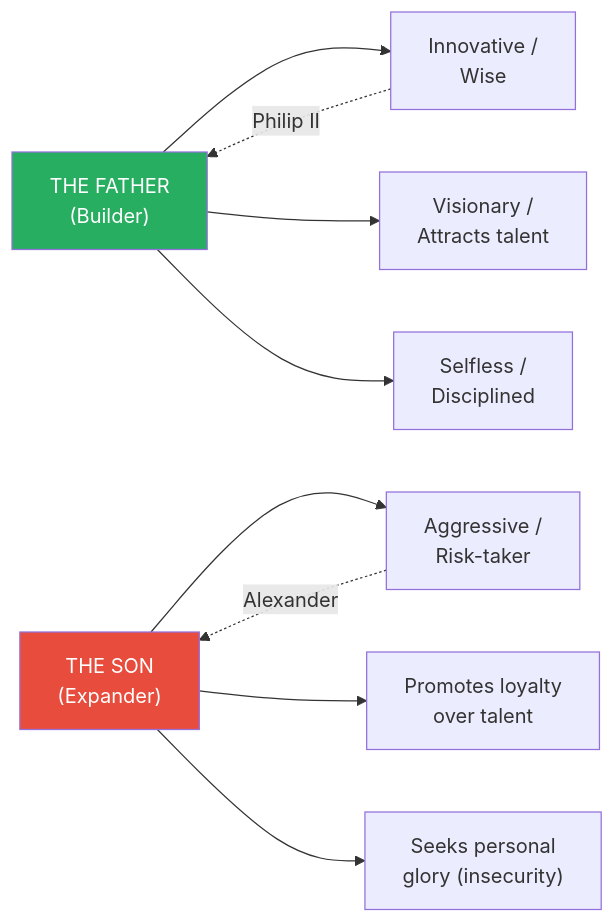
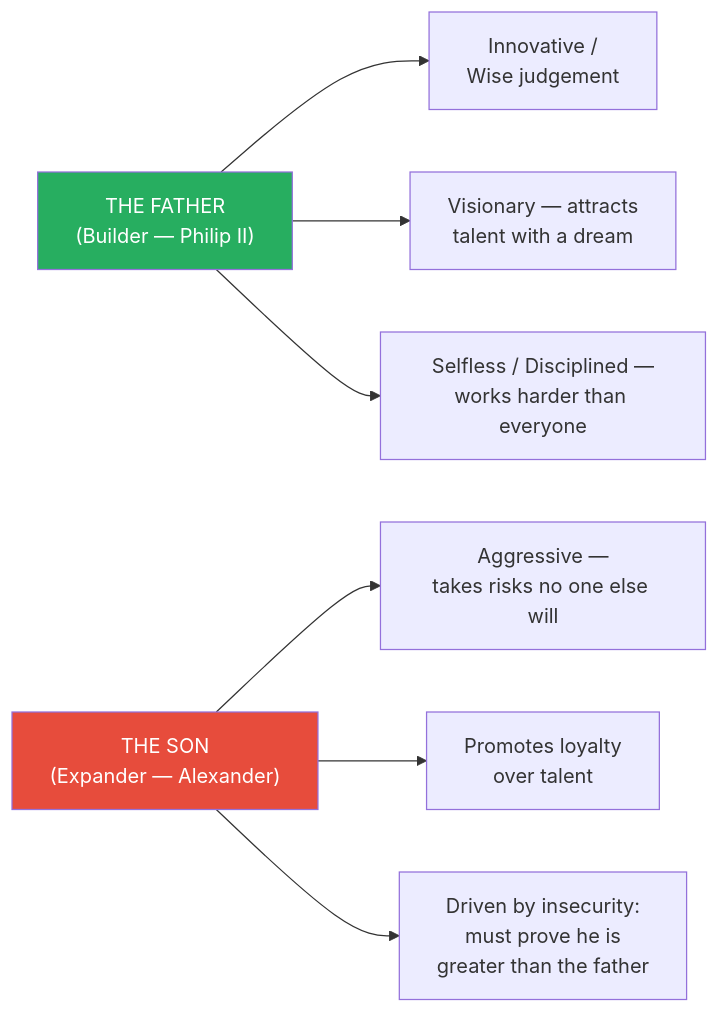
One commit to alius33/reader changed the second of 9 diagrams in summaries/Lectures/Civilization/11 - The Greatness of Philip II of Macedon.md. Above: the diagram before and after it, drawn with Mermaid. The commit also changed other lines of this file and 26 other files, not shown here.

````diff
--- a/summaries/Lectures/Civilization/11 - The Greatness of Philip II of Macedon.md
+++ b/summaries/Lectures/Civilization/11 - The Greatness of Philip II of Macedon.md
@@ -44,13 +88,11 @@
 ```mermaid
 flowchart LR
-    F["THE FATHER<br/>(Builder)"] --> F1["Innovative /<br/>Wise"]
-    F --> F2["Visionary /<br/>Attracts talent"]
-    F --> F3["Selfless /<br/>Disciplined"]
-    S["THE SON<br/>(Expander)"] --> S1["Aggressive /<br/>Risk-taker"]
+    F["THE FATHER<br/>(Builder — Philip II)"] --> F1["Innovative /<br/>Wise judgement"]
+    F --> F2["Visionary — attracts<br/>talent with a dream"]
+    F --> F3["Selfless / Disciplined —<br/>works harder than everyone"]
+    S["THE SON<br/>(Expander — Alexander)"] --> S1["Aggressive —<br/>takes risks no one else will"]
     S --> S2["Promotes loyalty<br/>over talent"]
-    S --> S3["Seeks personal<br/>glory (insecurity)"]
-    F1 -.->|"Philip II"| F
-    S1 -.->|"Alexander"| S
+    S --> S3["Driven by insecurity:<br/>must prove he is<br/>greater than the father"]
     style F fill:#27ae60,color:#fff
     style S fill:#e74c3c,color:#fff
 ```
````
